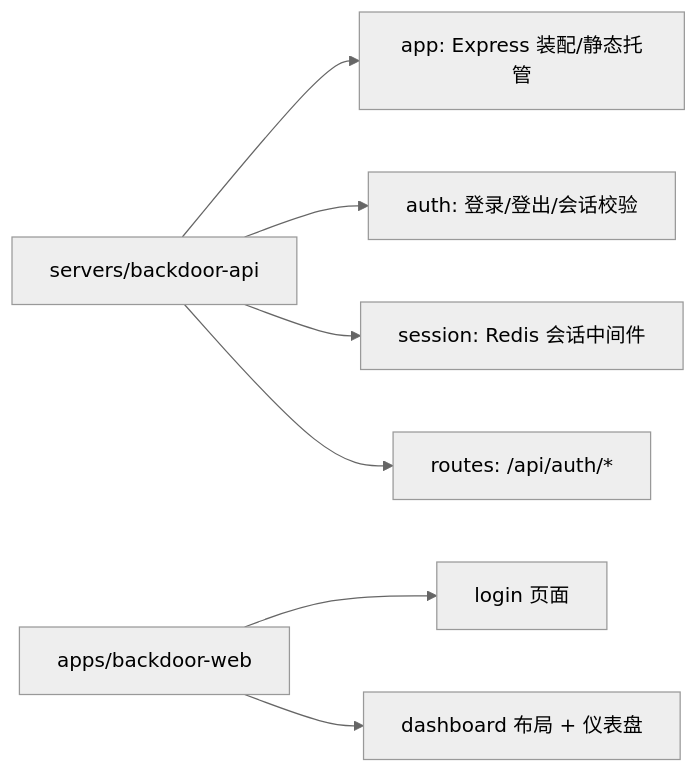
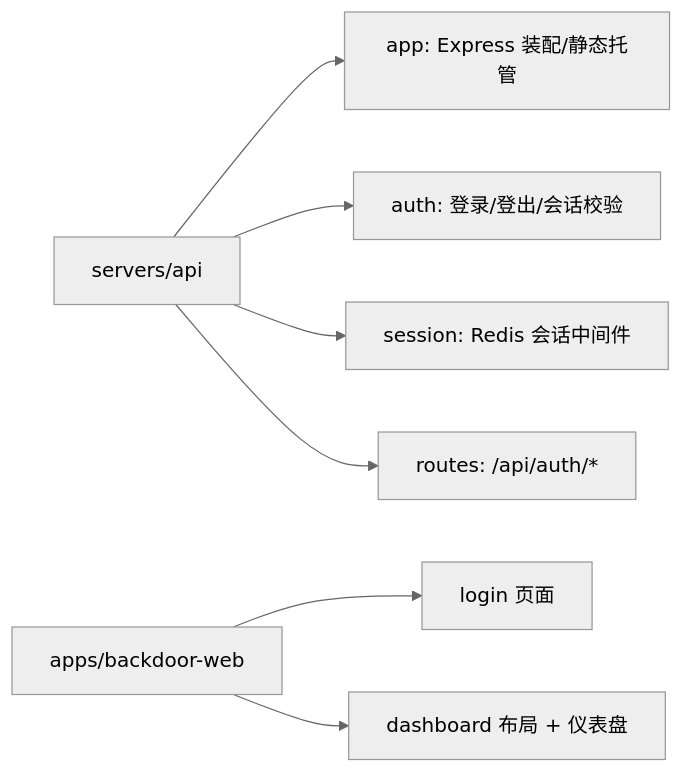
Before and after one commit to Deliay/sumire: the second of 2 diagrams in docs/engineering/proposals/2026-08-12-backdoor-auth-proposal.md, drawn with Mermaid (neutral theme). The commit also changed other lines of this file, not shown here.

Commit message:
docs: 后端项目改名为 servers/api

````diff
--- a/docs/engineering/proposals/2026-08-12-backdoor-auth-proposal.md
+++ b/docs/engineering/proposals/2026-08-12-backdoor-auth-proposal.md
@@ -77,9 +77,9 @@
 ```mermaid
 graph LR
-    A[servers/backdoor-api] --> B[app: Express 装配/静态托管]
+    A[servers/api] --> B[app: Express 装配/静态托管]
     A --> C[auth: 登录/登出/会话校验]
     A --> D[session: Redis 会话中间件]
     A --> E[routes: /api/auth/*]
     F[apps/backdoor-web] --> G[login 页面]
     F --> H[dashboard 布局 + 仪表盘]
 ```
````
